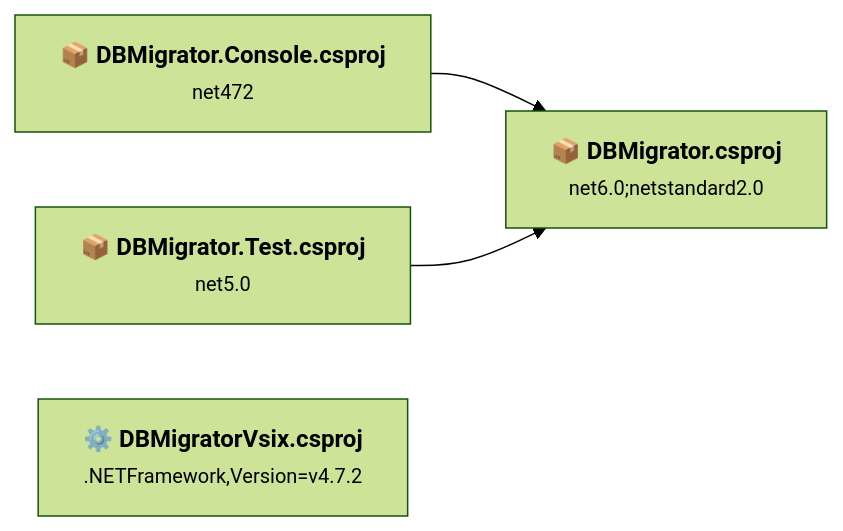
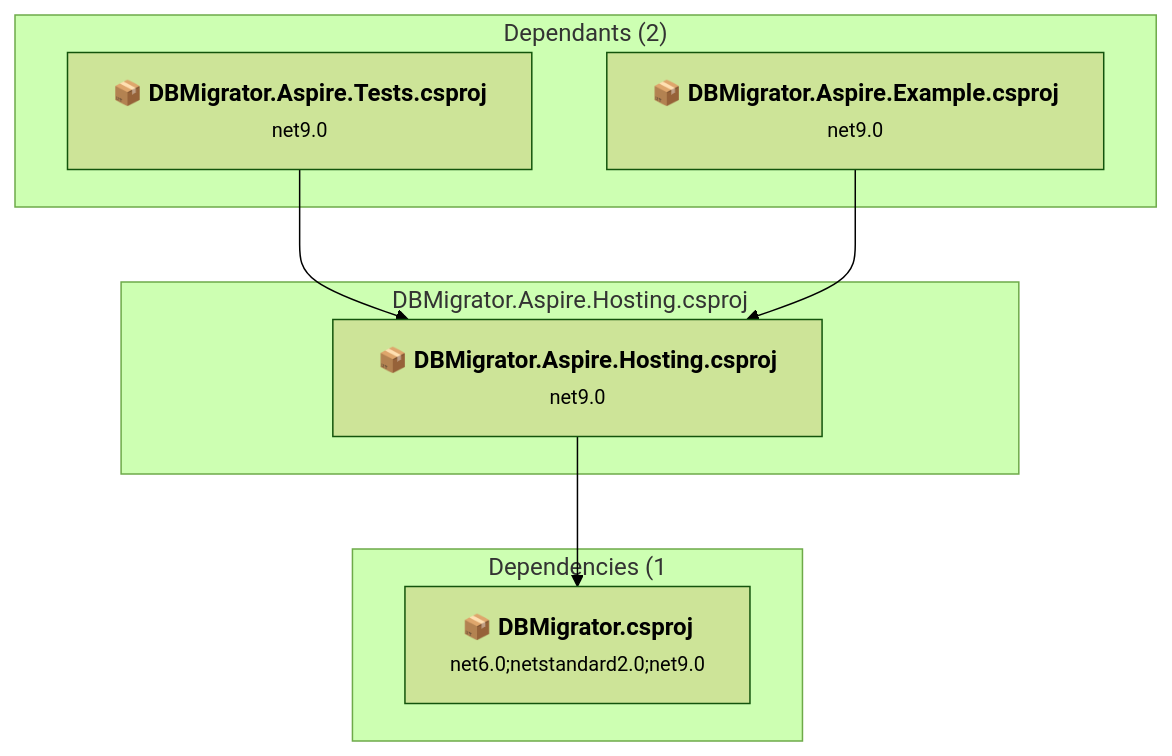
Before and after one commit to Hviid/DBMigrator: the second of 7 diagrams in .github/upgrades/assessment.md, drawn with Mermaid (forest theme). The commit also changed other lines of this file and 7 other files, not shown here.

Commit message:
TASK-001: Upgrade projects to .NET 10.0 and Aspire 13.0.0

````diff
--- a/.github/upgrades/assessment.md
+++ b/.github/upgrades/assessment.md
@@ -23,14 +70,21 @@
 ```mermaid
-flowchart LR
-    P1["<b>📦&nbsp;DBMigrator.Console.csproj</b><br/><small>net472</small>"]
-    P2["<b>📦&nbsp;DBMigrator.csproj</b><br/><small>net6.0;netstandard2.0</small>"]
-    P3["<b>📦&nbsp;DBMigrator.Test.csproj</b><br/><small>net5.0</small>"]
-    P4["<b>⚙️&nbsp;DBMigratorVsix.csproj</b><br/><small>.NETFramework,Version=v4.7.2</small>"]
-    P1 --> P2
-    P3 --> P2
-    click P1 "#dbmigratorconsoledbmigratorconsolecsproj"
-    click P2 "#dbmigratordbmigratorcsproj"
-    click P3 "#dbmigratortestdbmigratortestcsproj"
-    click P4 "#dbmigratorvsixdbmigratorvsixcsproj"
+flowchart TB
+    subgraph upstream["Dependants (2)"]
+        P6["<b>📦&nbsp;DBMigrator.Aspire.Tests.csproj</b><br/><small>net9.0</small>"]
+        P7["<b>📦&nbsp;DBMigrator.Aspire.Example.csproj</b><br/><small>net9.0</small>"]
+        click P6 "#dbmigratoraspiretestsdbmigratoraspiretestscsproj"
+        click P7 "#examplesdbmigratoraspireexampledbmigratoraspireexamplecsproj"
+    end
+    subgraph current["DBMigrator.Aspire.Hosting.csproj"]
+        MAIN["<b>📦&nbsp;DBMigrator.Aspire.Hosting.csproj</b><br/><small>net9.0</small>"]
+        click MAIN "#dbmigratoraspirehostingdbmigratoraspirehostingcsproj"
+    end
+    subgraph downstream["Dependencies (1"]
+        P2["<b>📦&nbsp;DBMigrator.csproj</b><br/><small>net6.0;netstandard2.0;net9.0</small>"]
+        click P2 "#dbmigratordbmigratorcsproj"
+    end
+    P6 --> MAIN
+    P7 --> MAIN
+    MAIN --> P2
 
 ```
````
